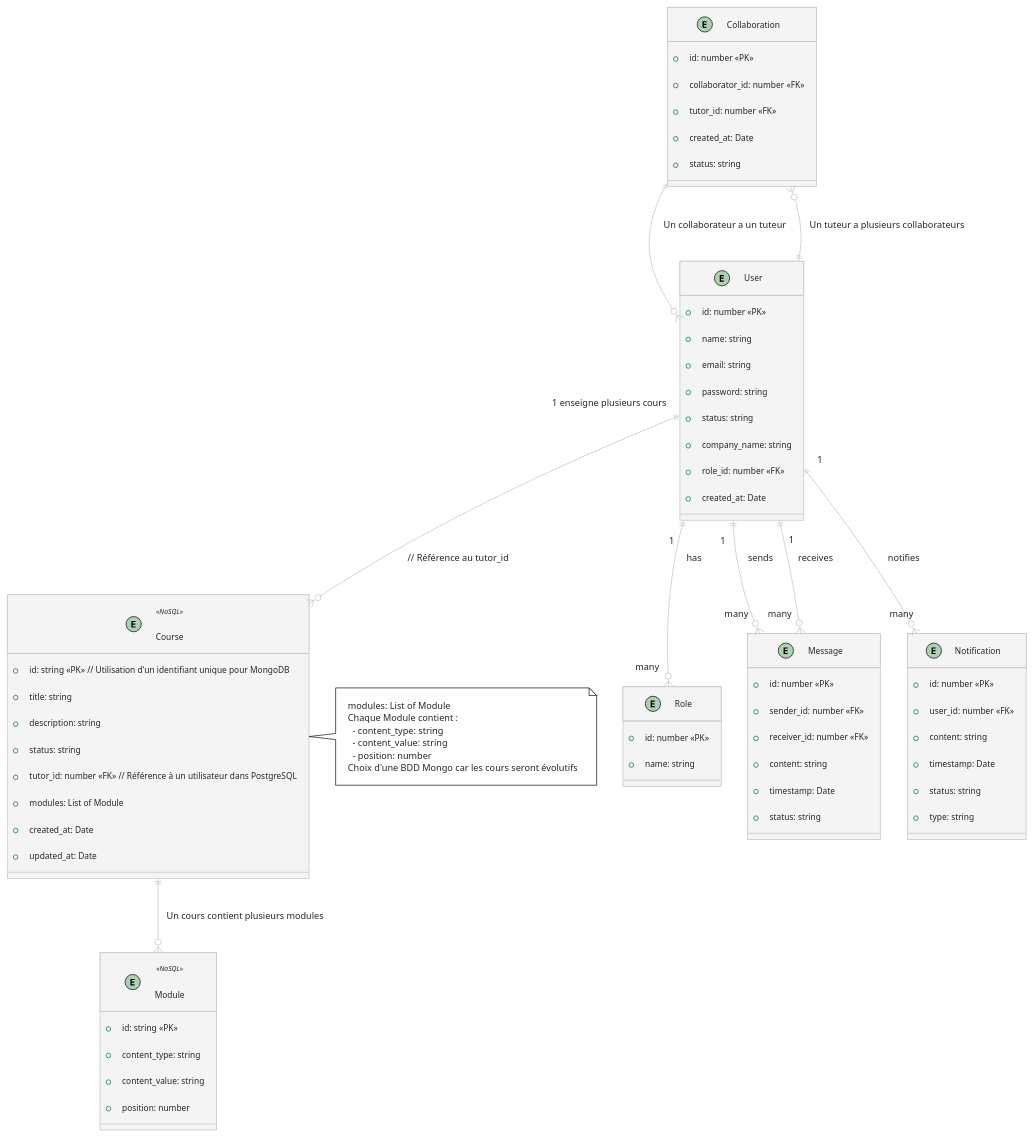
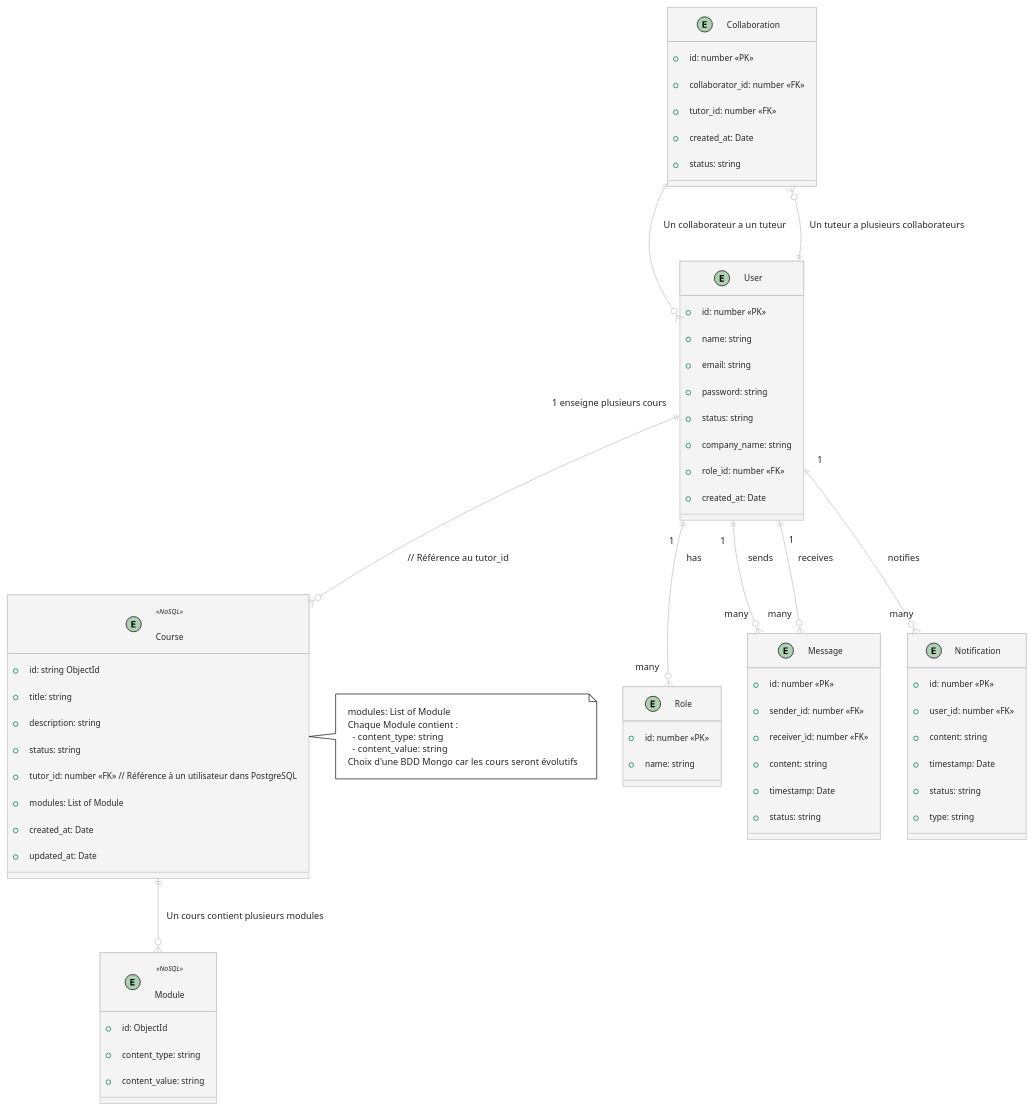
The diagram in UML/entity_relation_diagram.pu (Davidben75/Elearn_api), drawn with PlantUML before and after one commit. The commit also changed 3 other files, not shown here.

Commit message:
Update UML

```diff
--- a/UML/entity_relation_diagram.pu
+++ b/UML/entity_relation_diagram.pu
@@ -1,84 +1,82 @@
 @startuml "entity relation SQL + NoSQL"
 !theme carbon-gray
 
 entity User {
   +id: number <<PK>>
   +name: string
   +email: string
   +password: string
   +status: string
   +company_name: string
   +role_id: number <<FK>>
   +created_at: Date
 }
 
 entity Role {
   +id: number <<PK>>
   +name: string
 }
 
 entity Course <<NoSQL>> {
-  +id: string <<PK>> // Utilisation d'un identifiant unique pour MongoDB
+  +id: string ObjectId
   +title: string
   +description: string
   +status: string
   +tutor_id: number <<FK>> // Référence à un utilisateur dans PostgreSQL
   +modules: List of Module
   +created_at: Date
   +updated_at: Date
 }
 
 entity Module <<NoSQL>> {
-  +id: string <<PK>>
+  +id: ObjectId
   +content_type: string
   +content_value: string
-  +position: number
 }
 
 entity Message {
   +id: number <<PK>>
   +sender_id: number <<FK>>
   +receiver_id: number <<FK>>
   +content: string
   +timestamp: Date
   +status: string
 }
 
 entity Notification {
   +id: number <<PK>>
   +user_id: number <<FK>>
   +content: string
   +timestamp: Date
   +status: string
   +type: string
 }
 
 entity Collaboration {
   +id: number <<PK>>
   +collaborator_id: number <<FK>>
   +tutor_id: number <<FK>>
   +created_at: Date
   +status: string
 }
 
 note right of Course
   modules: List of Module
   Chaque Module contient :
     - content_type: string
     - content_value: string
-    - position: number
   Choix d'une BDD Mongo car les cours seront évolutifs
 end note
 
 User ||--o{ Role : "1" has "many"
 User ||--o{ Message : "1" sends "many"
 User ||--o{ Message : "1" receives "many"
 User ||--o{ Notification : "1" notifies "many"
 User ||--o{ Course : "1 enseigne plusieurs cours" // Référence au tutor_id
 
 Course ||--o{ Module : "Un cours contient plusieurs modules" 
 
 Collaboration ||--o{ User : "Un collaborateur a un tuteur"
 Collaboration }o--|| User : "Un tuteur a plusieurs collaborateurs"
 
 @enduml
```
